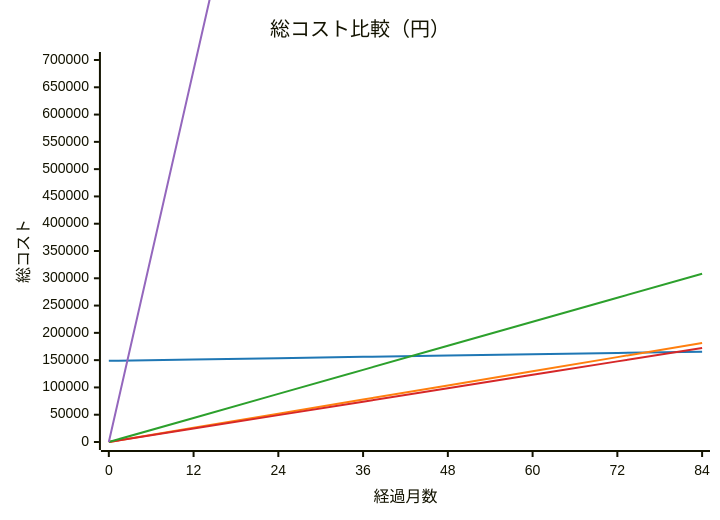
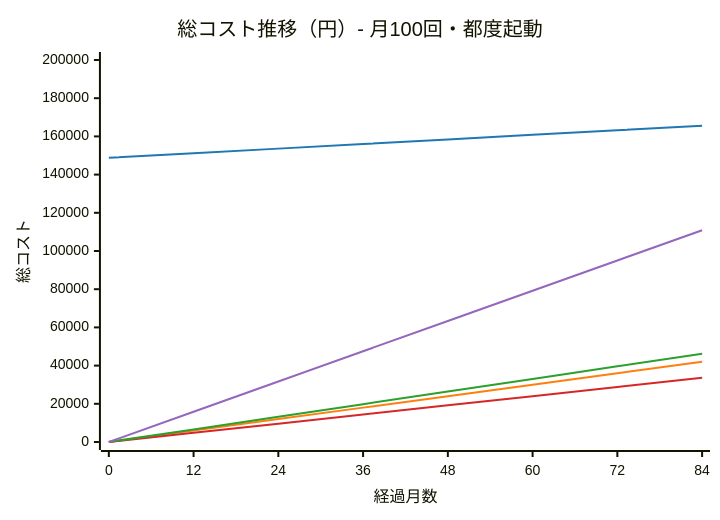
One commit to ot-nemoto/auto-pilot-g4 changed the diagram in docs/infrastructure-comparison.md. Above: the diagram before and after it, drawn with Mermaid. The commit also changed other lines of this file, not shown here.

````diff
--- a/docs/infrastructure-comparison.md
+++ b/docs/infrastructure-comparison.md
@@ -26,12 +48,12 @@
 ```mermaid
 %%{init: {'theme': 'base', 'themeVariables': {'xyChart': {'plotColorPalette': '#1f77b4,#ff7f0e,#d62728,#2ca02c,#9467bd'}}}}%%
 xychart-beta
-    title "総コスト比較（円）"
+    title "総コスト推移（円）- 月100回・都度起動"
     x-axis "経過月数" [0, 12, 24, 36, 48, 60, 72, 84]
-    y-axis "総コスト" 0 --> 700000
+    y-axis "総コスト" 0 --> 200000
     line "Mac mini" [148800, 151200, 153600, 156000, 158400, 160800, 163200, 165600]
-    line "Vast.ai" [0, 25920, 51840, 77760, 103680, 129600, 155520, 181440]
-    line "AWS Spot" [0, 24624, 49248, 73872, 98496, 123120, 147744, 172368]
-    line "RunPod" [0, 44064, 88128, 132192, 176256, 220320, 264384, 308448]
-    line "AWS On-demand" [0, 681600, 1363200, 2044800, 2726400, 3408000, 4089600, 4771200]
+    line "Vast.ai" [0, 6000, 12000, 18000, 24000, 30000, 36000, 42000]
+    line "AWS Spot" [0, 4800, 9600, 14400, 19200, 24000, 28800, 33600]
+    line "RunPod" [0, 6600, 13200, 19800, 26400, 33000, 39600, 46200]
+    line "AWS On-demand" [0, 15840, 31680, 47520, 63360, 79200, 95040, 110880]
 ```
````
